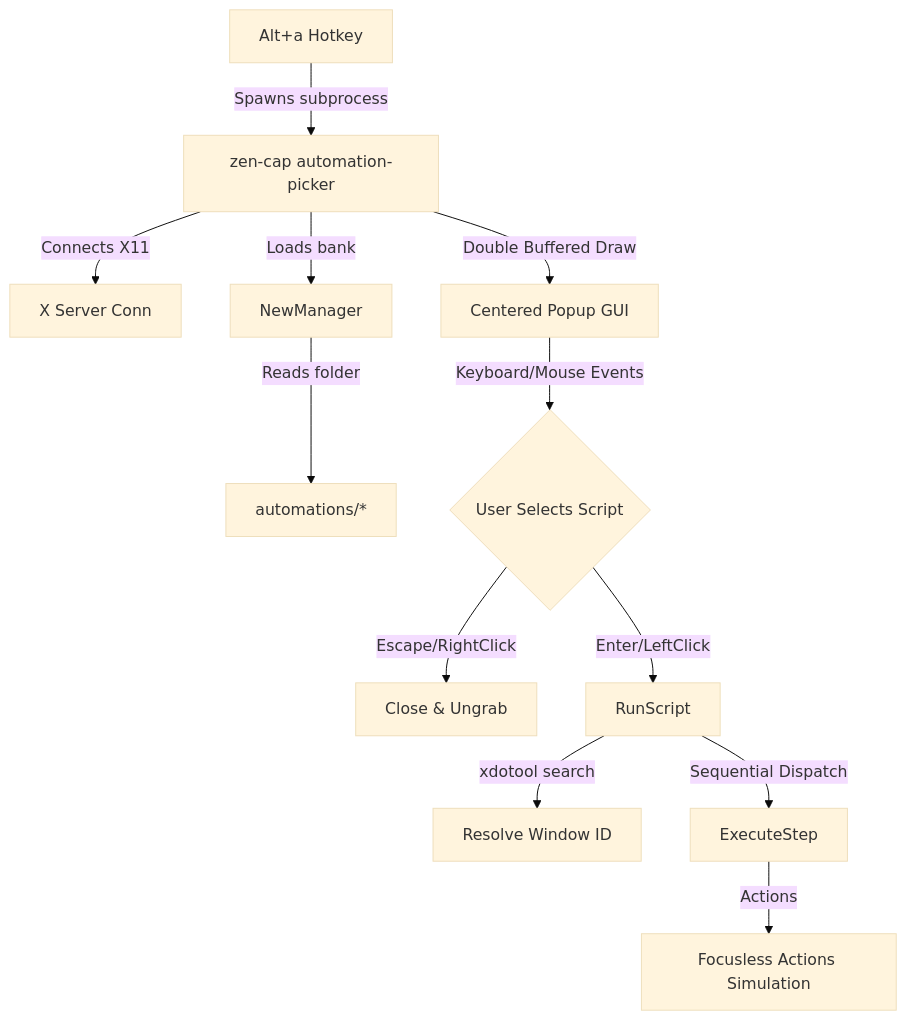
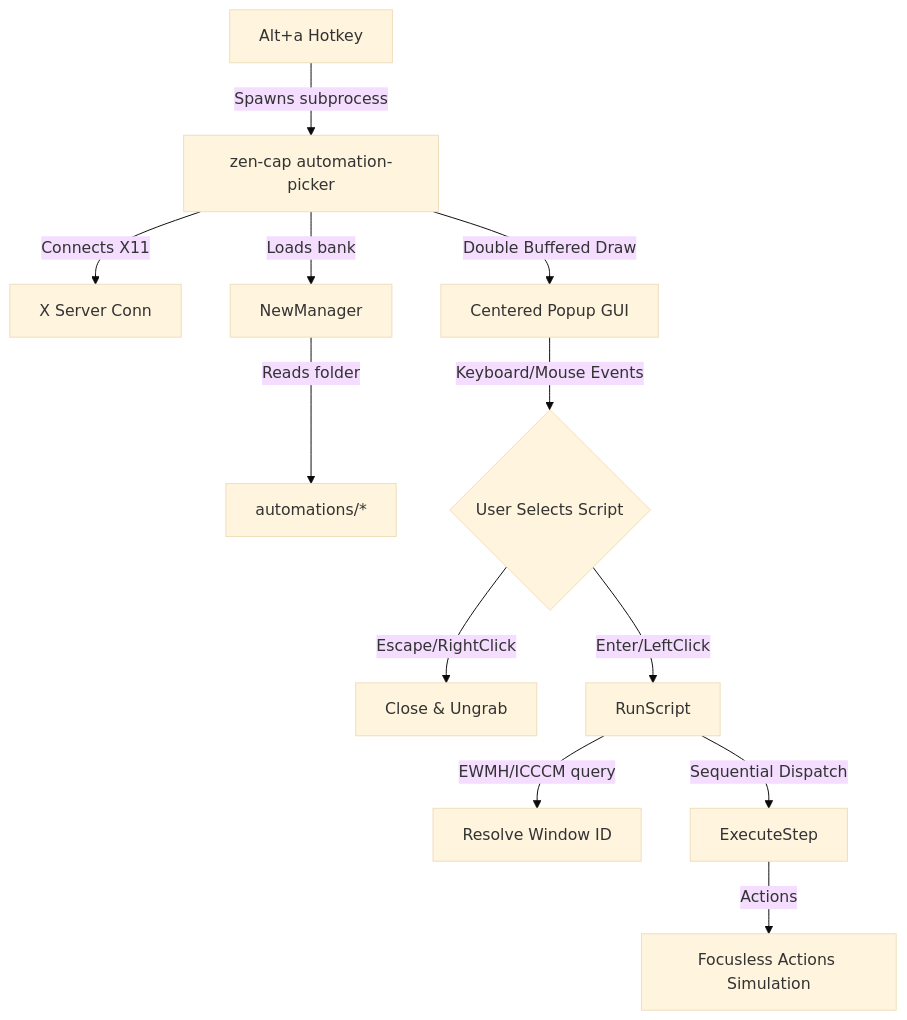
The diagram in AUTOMATION_OVERVIEW.md (PrivateArena/zen-cap), drawn with Mermaid (base theme) before and after one commit. The commit also changed other lines of this file and 5 other files, not shown here.

````diff
--- a/AUTOMATION_OVERVIEW.md
+++ b/AUTOMATION_OVERVIEW.md
@@ -43,14 +43,14 @@
 ```mermaid
 graph TD
     Hotkey[Alt+a Hotkey] -->|Spawns subprocess| Subcommand[zen-cap automation-picker]
     Subcommand -->|Connects X11| X11[X Server Conn]
     Subcommand -->|Loads bank| Manager[NewManager]
     Manager -->|Reads folder| Bank[automations/*]
     Subcommand -->|Double Buffered Draw| Window[Centered Popup GUI]
     Window -->|Keyboard/Mouse Events| Selection{User Selects Script}
     Selection -->|Escape/RightClick| Abort[Close & Ungrab]
     Selection -->|Enter/LeftClick| Execute[RunScript]
-    Execute -->|xdotool search| TargetWin[Resolve Window ID]
+    Execute -->|EWMH/ICCCM query| TargetWin[Resolve Window ID]
     Execute -->|Sequential Dispatch| Steps[ExecuteStep]
     Steps -->|Actions| Simulator[Focusless Actions Simulation]
 ```
````
